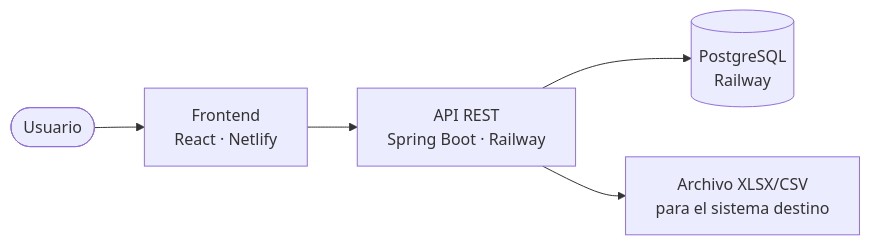
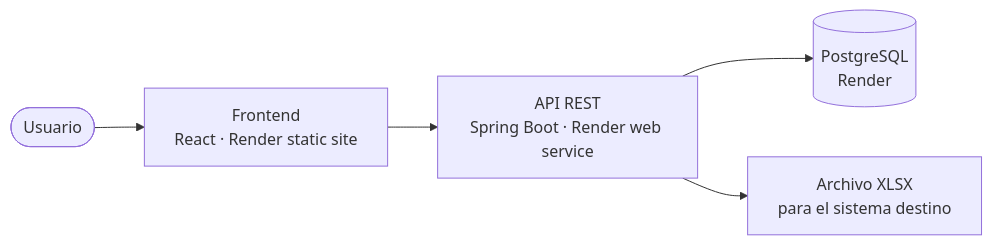
One commit to fraanv1999/TPIFinalDesiderioVazquez changed the first of 2 diagrams in docs/modulos.md. Above: the diagram before and after it, drawn with Mermaid. The commit also changed other lines of this file and 8 other files, not shown here.

````diff
--- a/docs/modulos.md
+++ b/docs/modulos.md
@@ -7,7 +7,7 @@
 ```mermaid
 flowchart LR
-    U([Usuario]) --> FE[Frontend<br/>React · Netlify]
-    FE --> API[API REST<br/>Spring Boot · Railway]
-    API --> DB[(PostgreSQL<br/>Railway)]
-    API --> X[Archivo XLSX/CSV<br/>para el sistema destino]
+    U([Usuario]) --> FE[Frontend<br/>React · Render static site]
+    FE --> API[API REST<br/>Spring Boot · Render web service]
+    API --> DB[(PostgreSQL<br/>Render)]
+    API --> X[Archivo XLSX<br/>para el sistema destino]
 ```
````
